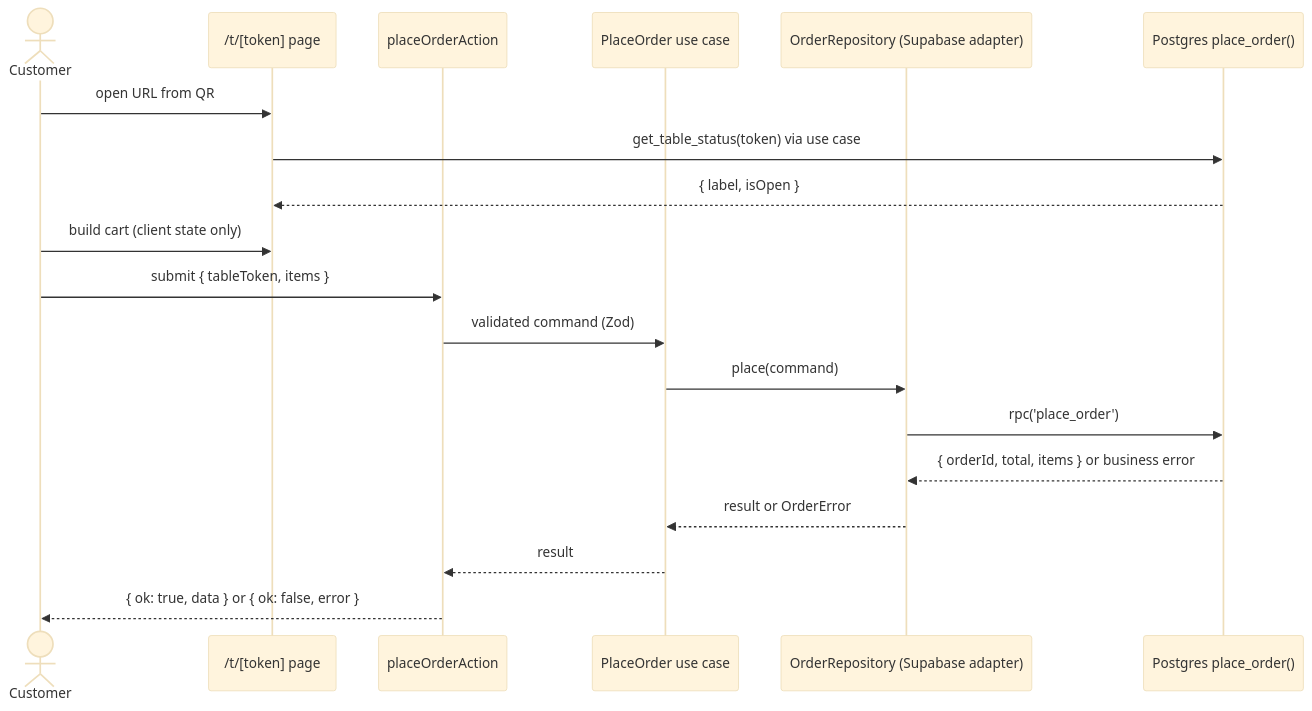
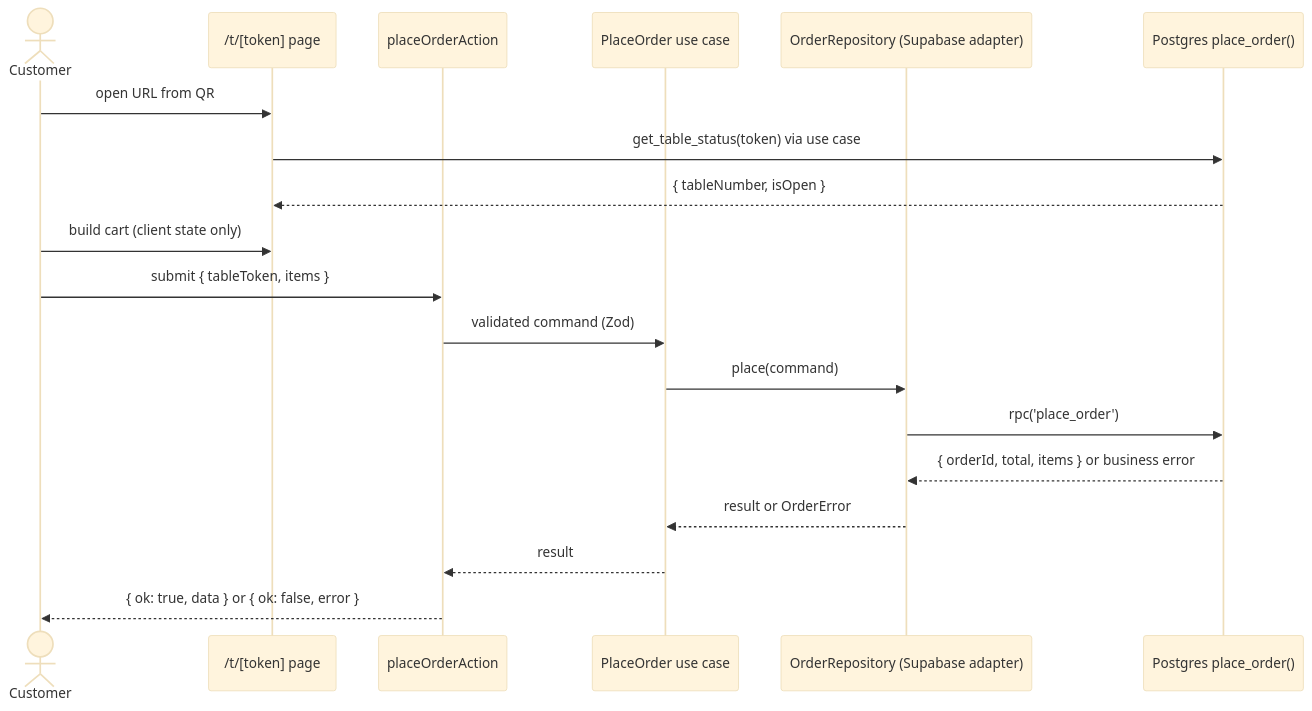
The diagram in docs/customer-ordering.md (theofernandezz/digital-menu), drawn with Mermaid (base theme) before and after one commit. The commit also changed other lines of this file and 2 other files, not shown here.

First line of the commit message:
docs: record F1-4a, split F1-4, and note the order-history open item

````diff
--- a/docs/customer-ordering.md
+++ b/docs/customer-ordering.md
@@ -23,22 +23,22 @@
 ```mermaid
 sequenceDiagram
   actor C as Customer
   participant P as /t/[token] page
   participant A as placeOrderAction
   participant U as PlaceOrder use case
   participant R as OrderRepository (Supabase adapter)
   participant DB as Postgres place_order()
 
   C->>P: open URL from QR
   P->>DB: get_table_status(token) via use case
-  DB-->>P: { label, isOpen }
+  DB-->>P: { tableNumber, isOpen }
   C->>P: build cart (client state only)
   C->>A: submit { tableToken, items }
   A->>U: validated command (Zod)
   U->>R: place(command)
   R->>DB: rpc('place_order')
   DB-->>R: { orderId, total, items } or business error
   R-->>U: result or OrderError
   U-->>A: result
   A-->>C: { ok: true, data } or { ok: false, error }
 ```
````
